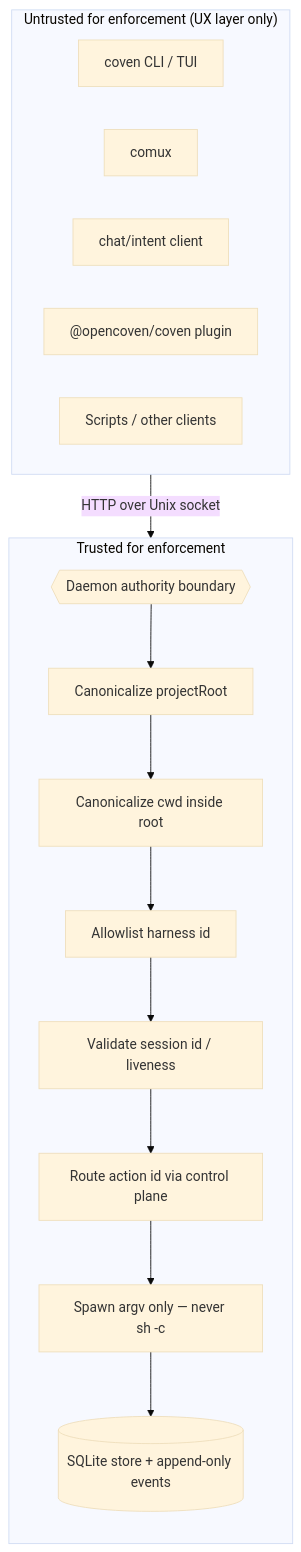
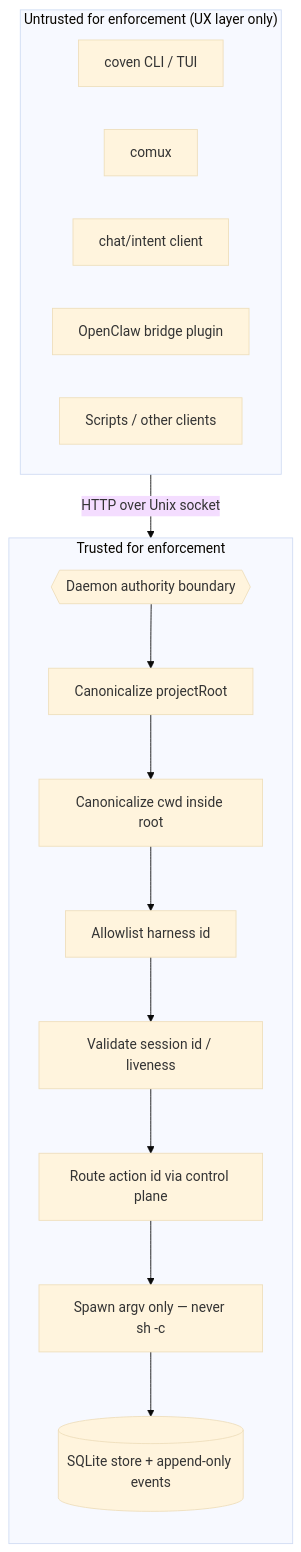
One commit to OpenCoven/coven changed the diagram in docs/ru/SAFETY-MODEL.md. Above: the diagram before and after it, drawn with Mermaid (base theme). The commit also changed 48 other files, not shown here.

````diff
--- a/docs/ru/SAFETY-MODEL.md
+++ b/docs/ru/SAFETY-MODEL.md
@@ -25,24 +25,24 @@
 ```mermaid
 flowchart TB
   subgraph UntrustedZone["Untrusted for enforcement (UX layer only)"]
     direction LR
     CLI[coven CLI / TUI]
     Comux[comux]
     ChatClient[chat/intent client]
-    Plugin["@opencoven/coven plugin"]
+    Plugin["OpenClaw bridge plugin"]
     Scripts[Scripts / other clients]
   end
 
   UntrustedZone -->|HTTP over Unix socket| Boundary{{Daemon authority boundary}}
 
   subgraph TrustedZone["Trusted for enforcement"]
     direction TB
     Boundary --> ValidateRoot[Canonicalize projectRoot]
     ValidateRoot --> ValidateCwd[Canonicalize cwd inside root]
     ValidateCwd --> AllowHarness[Allowlist harness id]
     AllowHarness --> ValidateSession[Validate session id / liveness]
     ValidateSession --> RouteAction[Route action id via control plane]
     RouteAction --> Spawn[Spawn argv only — never sh -c]
     Spawn --> Store[(SQLite store + append-only events)]
   end
 ```
````
